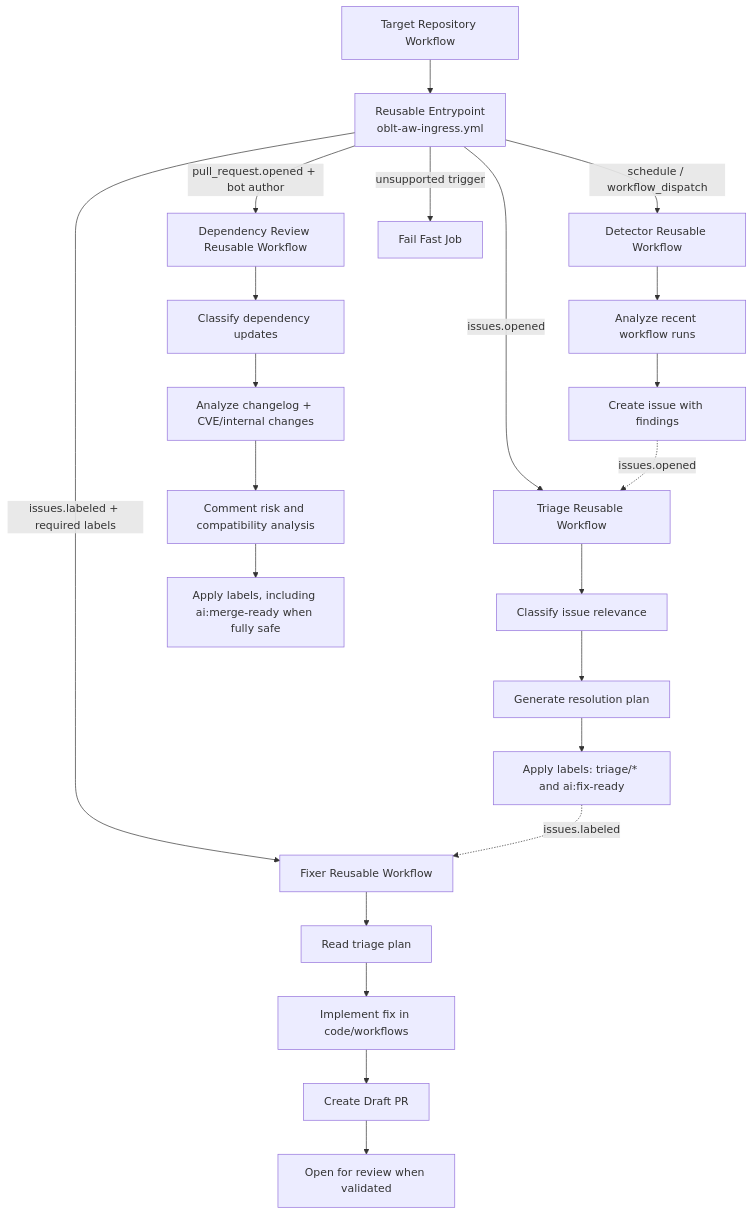
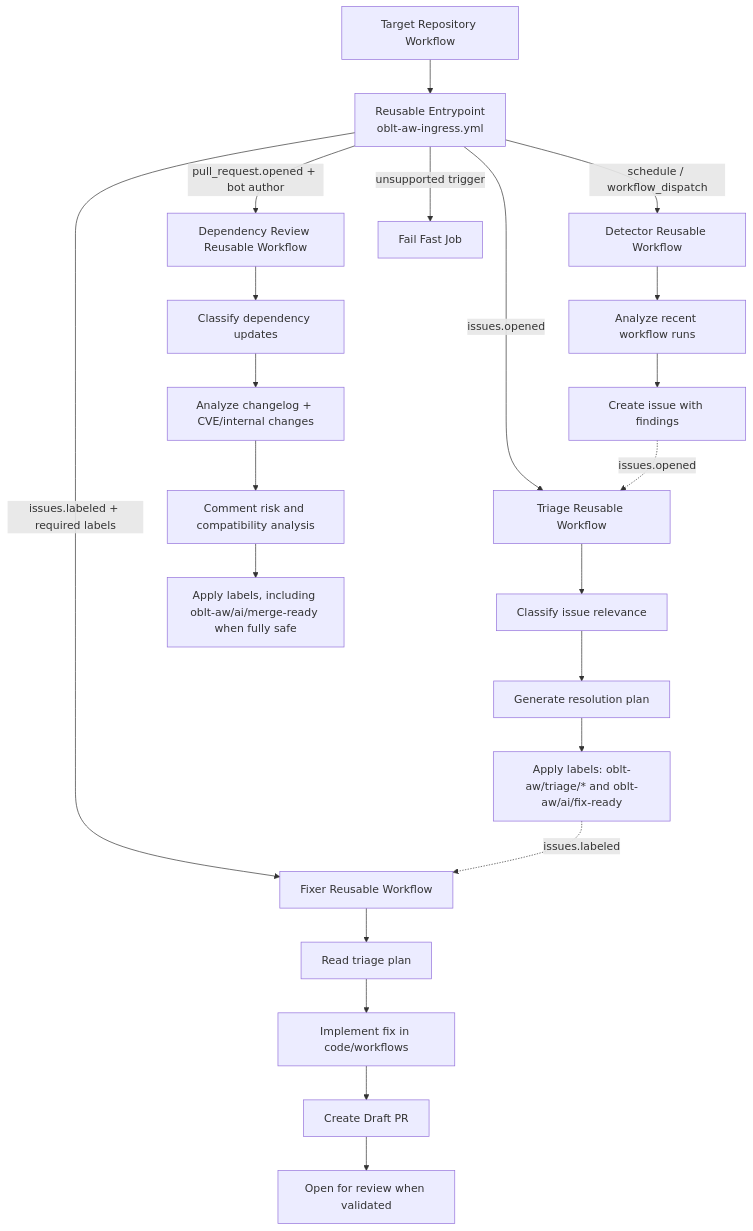
The diagram in README.md (elastic/oblt-aw), drawn with Mermaid before and after one commit. The commit also changed other lines of this file and 6 other files, not shown here.

````diff
--- a/README.md
+++ b/README.md
@@ -121,30 +121,30 @@
 ```mermaid
 flowchart TD
   A[Target Repository Workflow] --> B[Reusable Entrypoint<br/>oblt-aw-ingress.yml]
 
   B -->|schedule / workflow_dispatch| C[Detector Reusable Workflow]
   B -->|issues.opened| D[Triage Reusable Workflow]
   B -->|issues.labeled + required labels| E[Fixer Reusable Workflow]
   B -->|pull_request.opened + bot author| F[Dependency Review Reusable Workflow]
   B -->|unsupported trigger| X[Fail Fast Job]
 
   C --> C1[Analyze recent workflow runs]
   C1 --> C2[Create issue with findings]
 
   D --> D1[Classify issue relevance]
   D1 --> D2[Generate resolution plan]
-  D2 --> D3[Apply labels: triage/* and ai:fix-ready]
+  D2 --> D3[Apply labels: oblt-aw/triage/* and oblt-aw/ai/fix-ready]
 
   E --> E1[Read triage plan]
   E1 --> E2[Implement fix in code/workflows]
   E2 --> E3[Create Draft PR]
   E3 --> E4[Open for review when validated]
 
   F --> F1[Classify dependency updates]
   F1 --> F2[Analyze changelog + CVE/internal changes]
   F2 --> F3[Comment risk and compatibility analysis]
-  F3 --> F4[Apply labels, including ai:merge-ready when fully safe]
+  F3 --> F4[Apply labels, including oblt-aw/ai/merge-ready when fully safe]
 
   C2 -.->|issues.opened| D
   D3 -.->|issues.labeled| E
 ```
````
